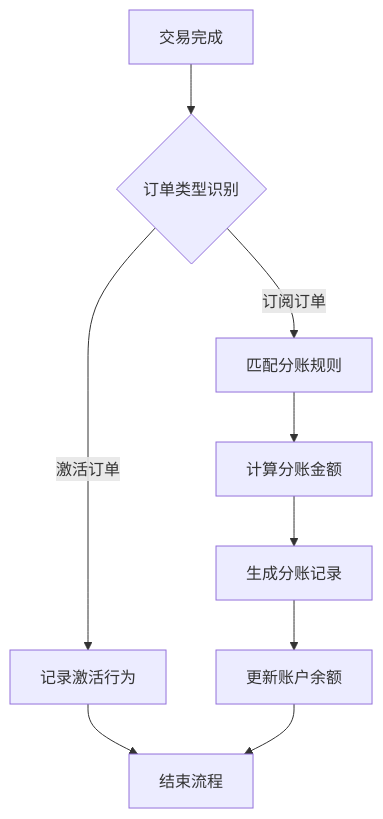
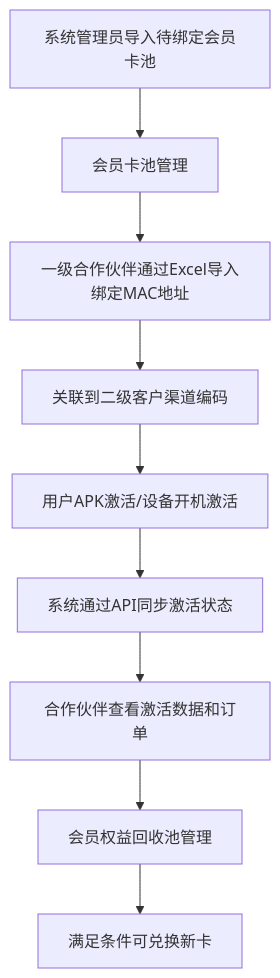
One commit to DamingDong/partner_system changed the first of 2 diagrams in docs/business/BRD.md. Above: the diagram before and after it, drawn with Mermaid. The commit also changed other lines of this file and 5 other files, not shown here.

````diff
--- a/docs/business/BRD.md
+++ b/docs/business/BRD.md
@@ -94,11 +75,11 @@
 ```mermaid
 flowchart TD
-    A[交易完成] --> B{订单类型识别}
-    B -->|激活订单| C[记录激活行为]
-    B -->|订阅订单| D[匹配分账规则]
-    D --> E[计算分账金额]
-    E --> F[生成分账记录]
-    F --> G[更新账户余额]
-    C --> H[结束流程]
-    G --> H
+    A[系统管理员导入待绑定会员卡池] --> B[会员卡池管理]
+    B --> C[一级合作伙伴通过Excel导入绑定MAC地址]
+    C --> D[关联到二级客户渠道编码]
+    D --> E[用户APK激活/设备开机激活]
+    E --> F[系统通过API同步激活状态]
+    F --> G[合作伙伴查看激活数据和订单]
+    G --> H[会员权益回收池管理]
+    H --> I[满足条件可兑换新卡]
 ```
````
